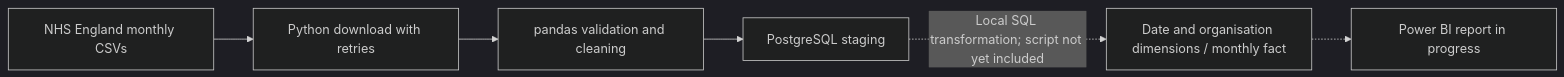
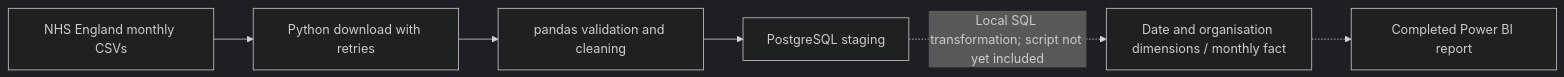
One commit to Faisalhassan903/nhs-data-engineering changed the diagram in README.md. Above: the diagram before and after it, drawn with Mermaid (dark theme). The commit also changed other lines of this file, not shown here.

Commit message:
Mark Power BI report completed

````diff
--- a/README.md
+++ b/README.md
@@ -37,8 +37,8 @@
 ```mermaid
 flowchart LR
     A[NHS England monthly CSVs] --> B[Python download with retries]
     B --> C[pandas validation and cleaning]
     C --> D[PostgreSQL staging]
     D -. Local SQL transformation; script not yet included .-> E[Date and organisation dimensions / monthly fact]
-    E -.-> F[Power BI report in progress]
+    E -.-> F[Completed Power BI report]
 ```
````
